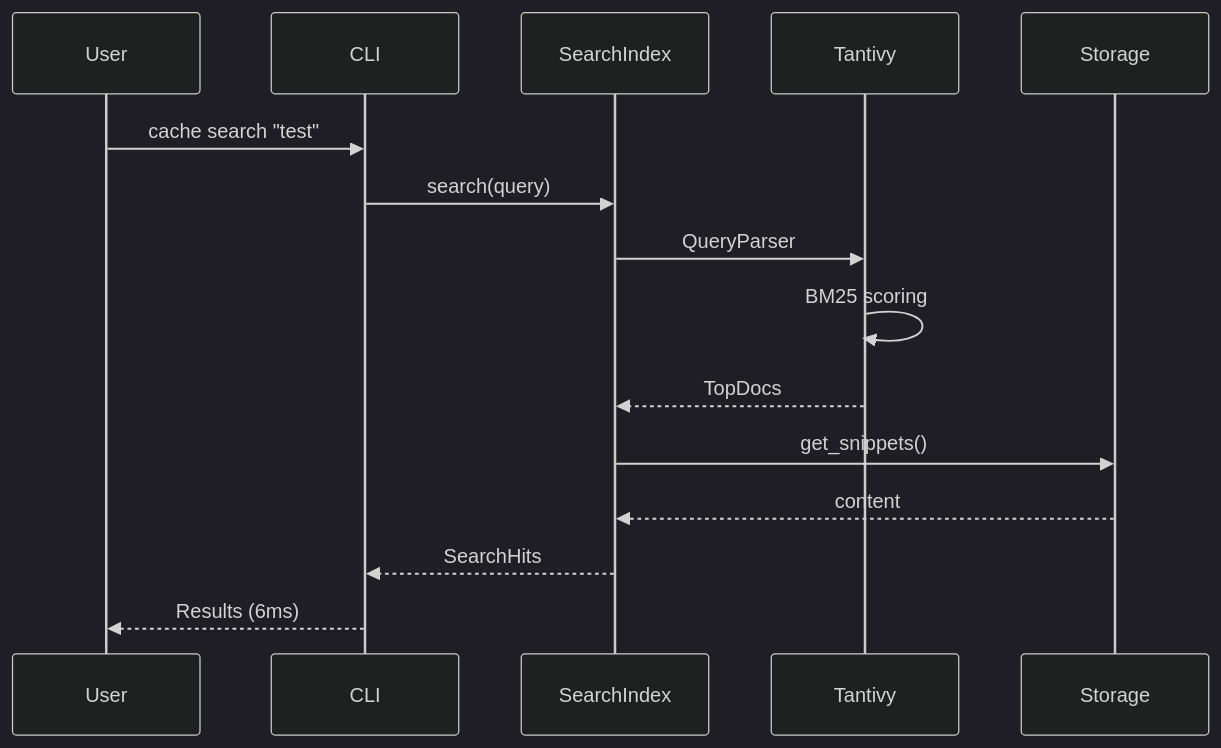
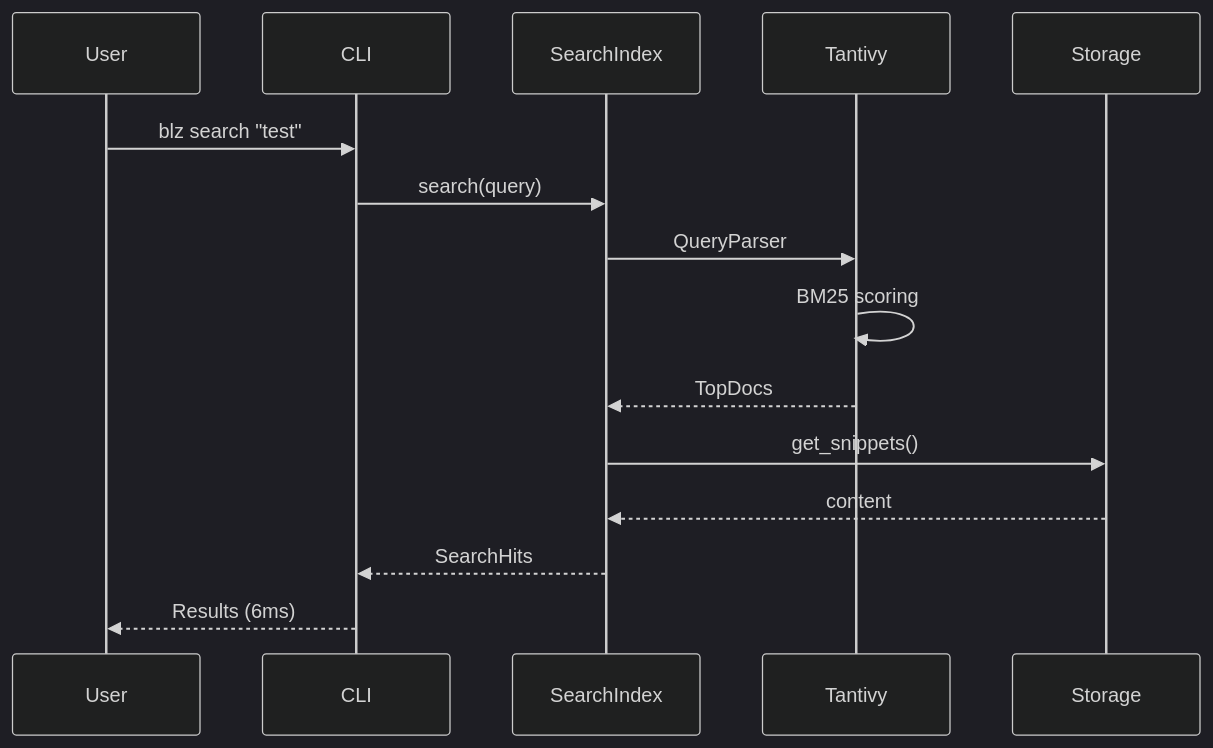
The second of 2 diagrams in docs/architecture.md (outfitter-dev/blz), drawn with Mermaid (dark theme) before and after one commit. The commit also changed other lines of this file and 40 other files, not shown here.

````diff
--- a/docs/architecture.md
+++ b/docs/architecture.md
@@ -171,12 +171,12 @@
 ```mermaid
 sequenceDiagram
-    User->>CLI: cache search "test"
+    User->>CLI: blz search "test"
     CLI->>SearchIndex: search(query)
     SearchIndex->>Tantivy: QueryParser
     Tantivy->>Tantivy: BM25 scoring
     Tantivy-->>SearchIndex: TopDocs
     SearchIndex->>Storage: get_snippets()
     Storage-->>SearchIndex: content
     SearchIndex-->>CLI: SearchHits
     CLI-->>User: Results (6ms)
 ```
````
